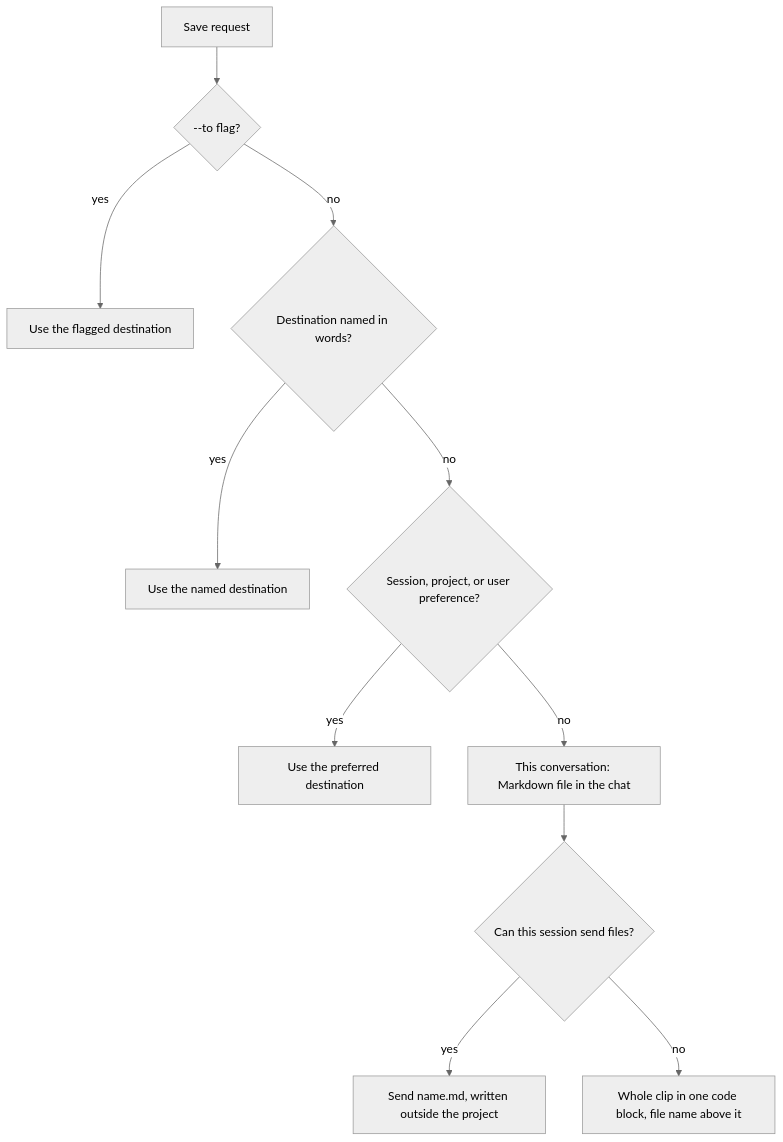
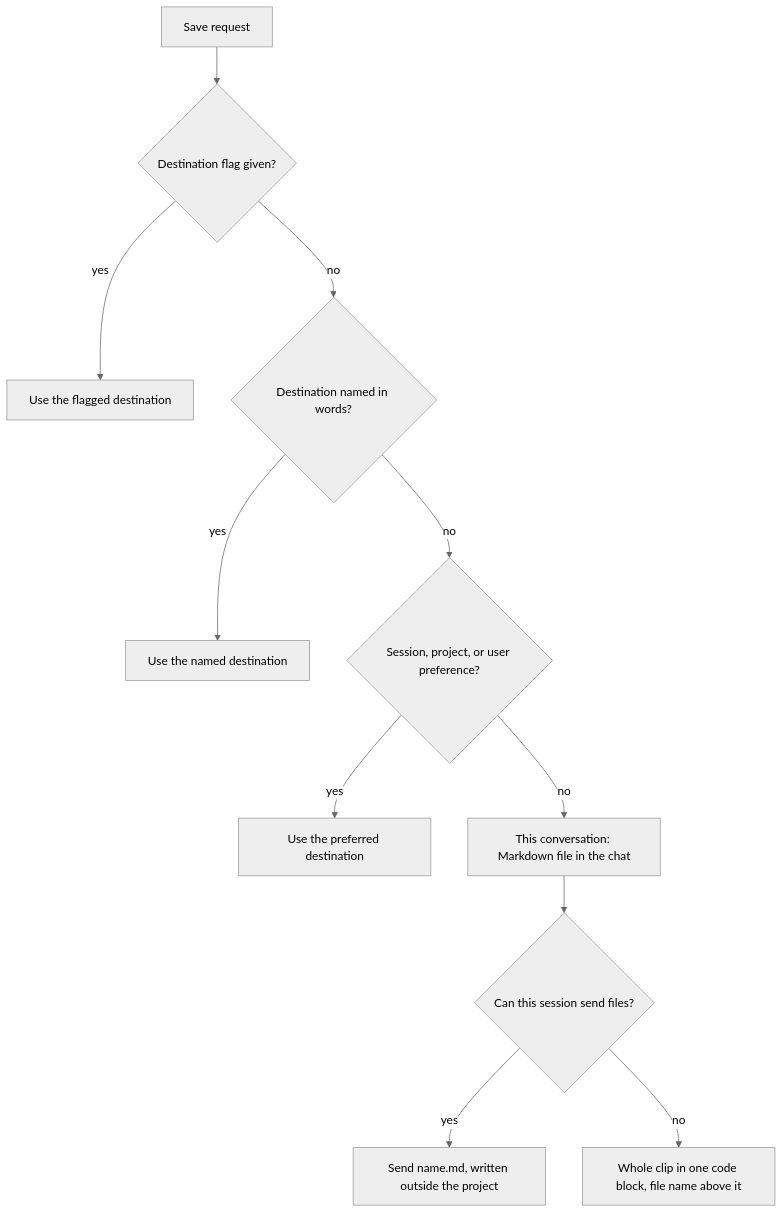
Before and after one commit to shawn-sandy/gleaner: the diagram in docs/plans/sessions/switch-clip-default-to-chat-session.md, drawn with Mermaid (neutral theme). The commit also changed other lines of this file and 8 other files, not shown here.

````diff
--- a/docs/plans/sessions/switch-clip-default-to-chat-session.md
+++ b/docs/plans/sessions/switch-clip-default-to-chat-session.md
@@ -71,13 +75,13 @@
 ```mermaid
 flowchart TD
-  A[Save request] --> B{--to flag?}
-  B -- yes --> Z[Use the flagged destination]
-  B -- no --> C{Destination named in words?}
-  C -- yes --> Y[Use the named destination]
-  C -- no --> D{Session, project, or user preference?}
-  D -- yes --> X[Use the preferred destination]
-  D -- no --> E[This conversation: Markdown file in the chat]
-  E --> F{Can this session send files?}
-  F -- yes --> G[Send name.md, written outside the project]
-  F -- no --> H[Whole clip in one code block, file name above it]
+  A["Save request"] --> B{"Destination flag given?"}
+  B -- yes --> Z["Use the flagged destination"]
+  B -- no --> C{"Destination named in words?"}
+  C -- yes --> Y["Use the named destination"]
+  C -- no --> D{"Session, project, or user preference?"}
+  D -- yes --> X["Use the preferred destination"]
+  D -- no --> E["This conversation: Markdown file in the chat"]
+  E --> F{"Can this session send files?"}
+  F -- yes --> G["Send name.md, written outside the project"]
+  F -- no --> H["Whole clip in one code block, file name above it"]
 ```
````
